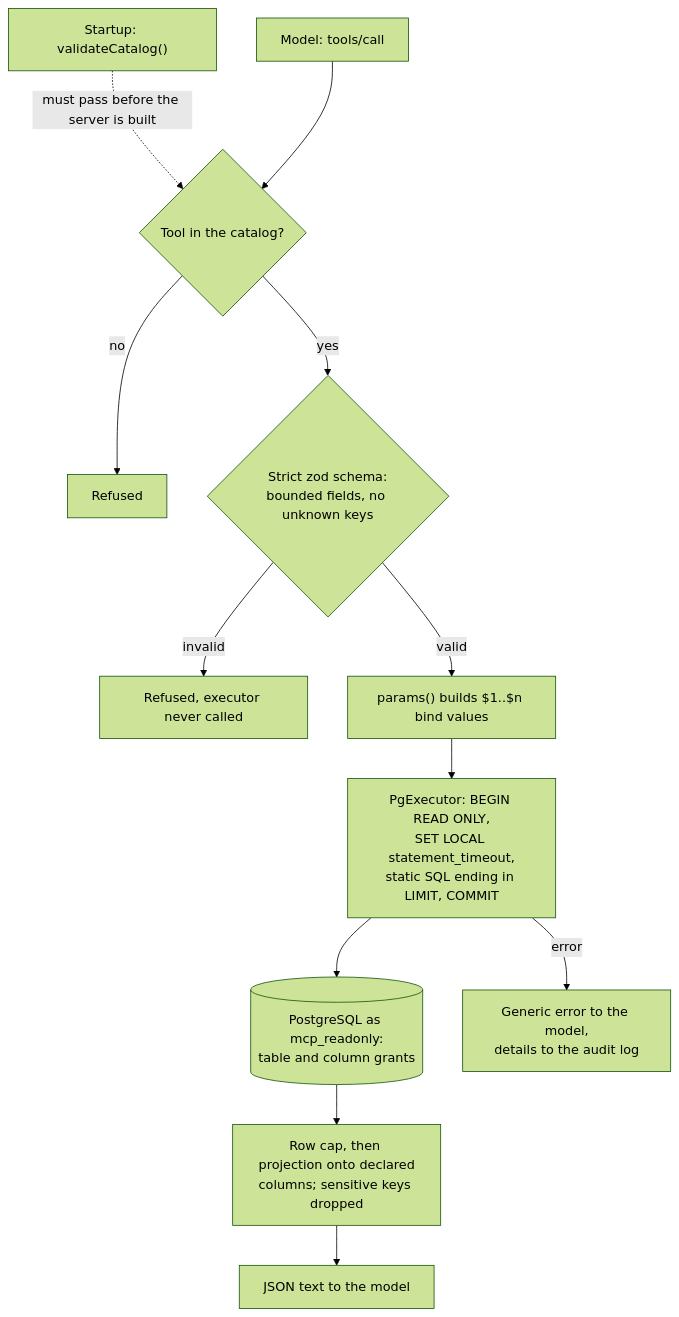
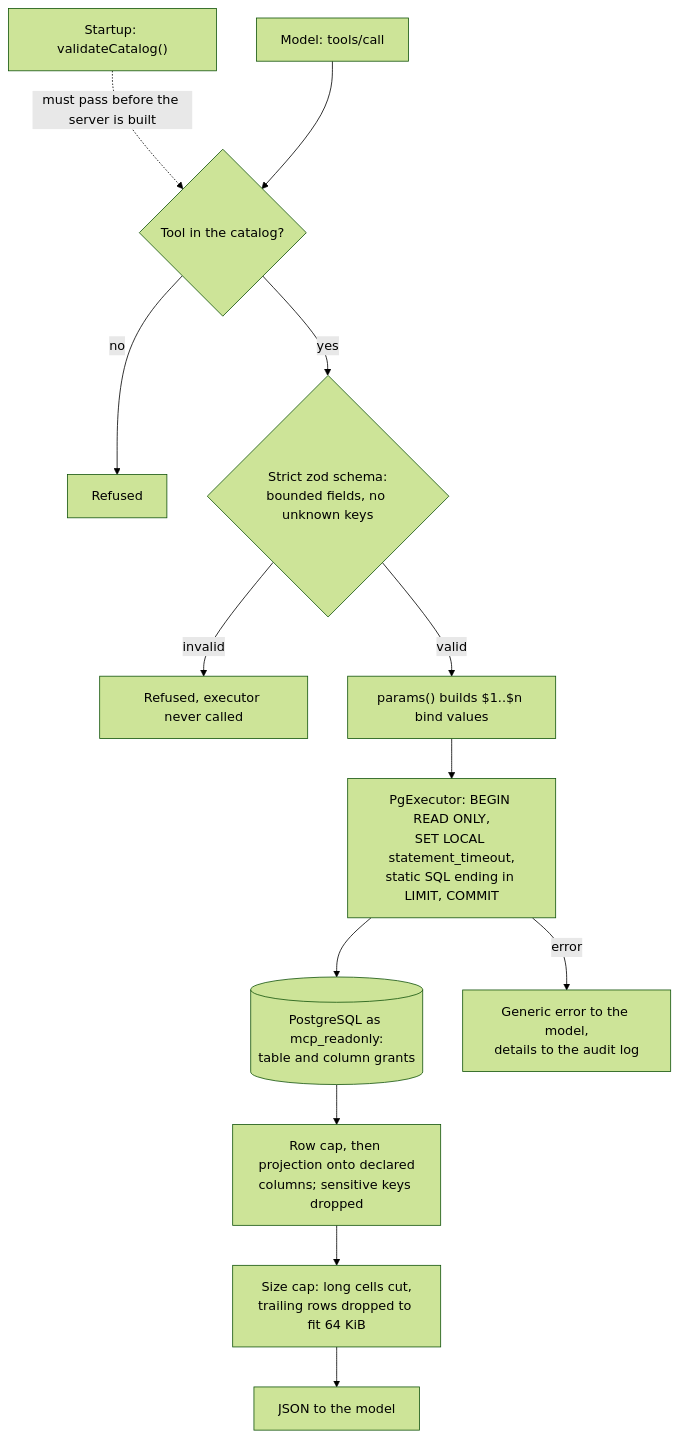
The diagram in README.md (JimmyAlter/guarded-sql-mcp), drawn with Mermaid (forest theme) before and after one commit. The commit also changed other lines of this file and 10 other files, not shown here.

First line of the commit message:
feat: cap response size and cut oversized cells

````diff
--- a/README.md
+++ b/README.md
@@ -33,14 +38,15 @@
 ```mermaid
 flowchart TD
     S["Startup: validateCatalog()"] -.->|must pass before the server is built| T
     M["Model: tools/call"] --> T{"Tool in the catalog?"}
     T -- no --> R1["Refused"]
     T -- yes --> V{"Strict zod schema:<br/>bounded fields, no unknown keys"}
     V -- invalid --> R2["Refused, executor never called"]
     V -- valid --> P["params() builds $1..$n bind values"]
     P --> X["PgExecutor: BEGIN READ ONLY,<br/>SET LOCAL statement_timeout,<br/>static SQL ending in LIMIT, COMMIT"]
     X --> DB[("PostgreSQL as mcp_readonly:<br/>table and column grants")]
     DB --> C["Row cap, then projection onto declared<br/>columns; sensitive keys dropped"]
-    C --> OUT["JSON text to the model"]
+    C --> SZ["Size cap: long cells cut,<br/>trailing rows dropped to fit 64 KiB"]
+    SZ --> OUT["JSON to the model"]
     X -- error --> E["Generic error to the model,<br/>details to the audit log"]
 ```
````
